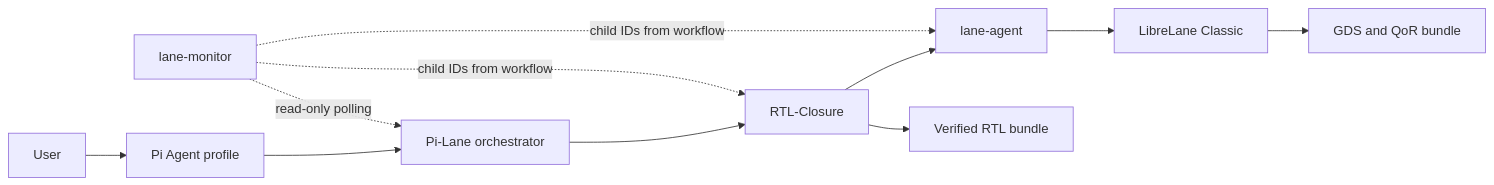
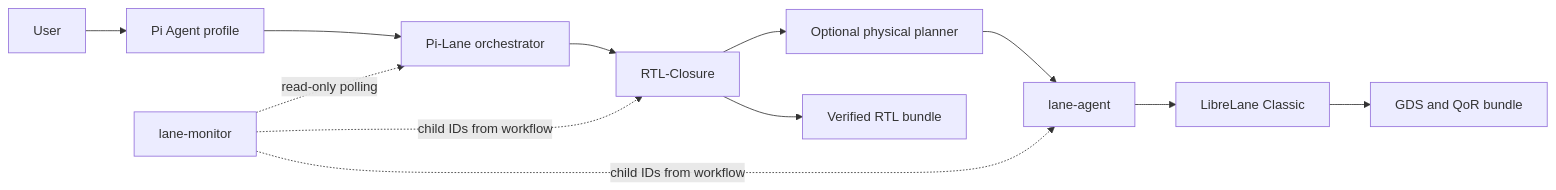
Before and after one commit to vpromise/SiliconWeaver: the diagram in pi-lane/docs/ARCHITECTURE.md, drawn with Mermaid. The commit also changed other lines of this file and 55 other files, not shown here.

````diff
--- a/pi-lane/docs/ARCHITECTURE.md
+++ b/pi-lane/docs/ARCHITECTURE.md
@@ -7,13 +7,14 @@
 ```mermaid
 flowchart LR
     U[User] --> P[Pi Agent profile]
     P --> O[Pi-Lane orchestrator]
     O --> R[RTL-Closure]
-    R --> L[lane-agent]
+    R --> PP[Optional physical planner]
+    PP --> L[lane-agent]
     L --> F[LibreLane Classic]
     R --> RA[Verified RTL bundle]
     F --> LA[GDS and QoR bundle]
     M[lane-monitor] -. read-only polling .-> O
     M -. child IDs from workflow .-> R
     M -. child IDs from workflow .-> L
 ```
````
